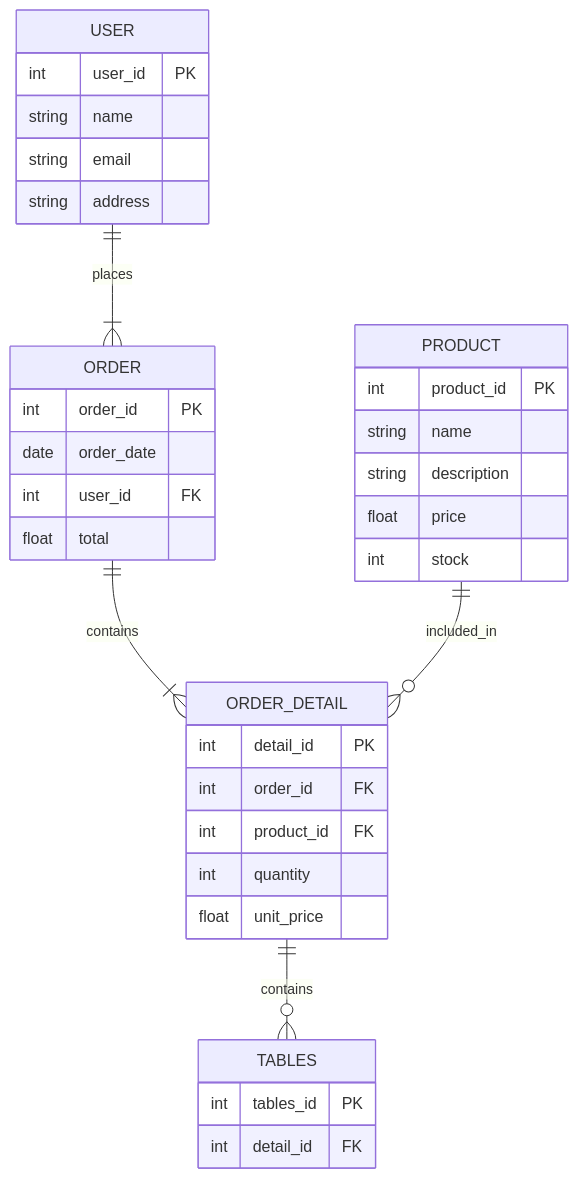
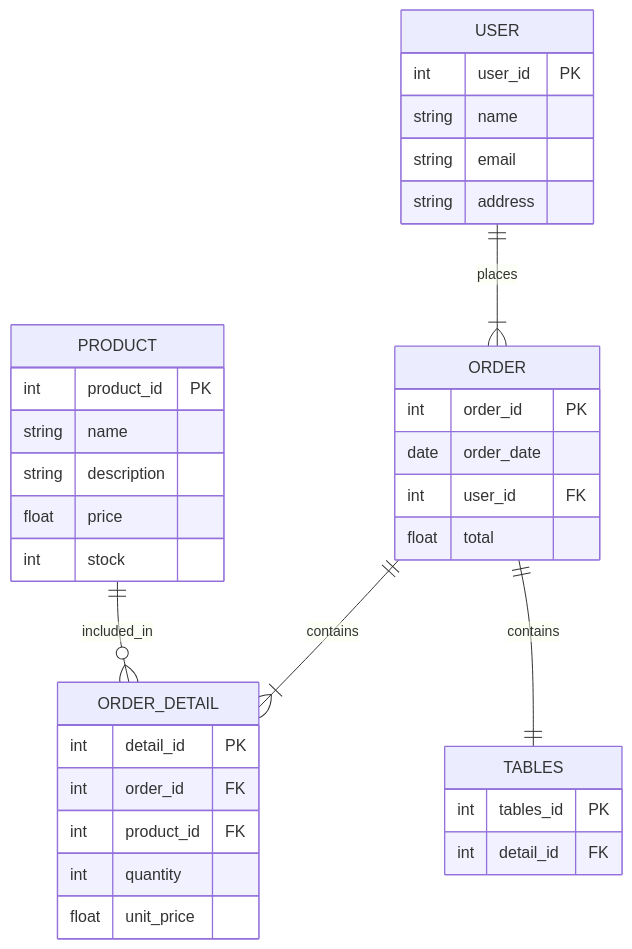
The diagram in docs/erd_diagram.mmd (AndersonVazquezDelaluz/cbtis47-db-project-salchichasparrita-2026), drawn with Mermaid before and after one commit.

```diff
--- a/docs/erd_diagram.mmd
+++ b/docs/erd_diagram.mmd
@@ -1,36 +1,36 @@
 erDiagram
     USER ||--|{ ORDER : "places"
     ORDER ||--|{ ORDER_DETAIL : "contains"
     PRODUCT ||--o{ ORDER_DETAIL : "included_in"
-    ORDER_DETAIL ||--o{ TABLES : "contains"
+    ORDER ||--|| TABLES : "contains"
 
     USER {
         int user_id PK
         string name
         string email
         string address
     }
     ORDER {
         int order_id PK
         date order_date
         int user_id FK
         float total
     }
     ORDER_DETAIL {
         int detail_id PK
         int order_id FK
         int product_id FK
         int quantity
         float unit_price
     }
     PRODUCT {
         int product_id PK
         string name
         string description
         float price
         int stock
     }
     TABLES{
         int tables_id PK
         int detail_id FK
     }
```
